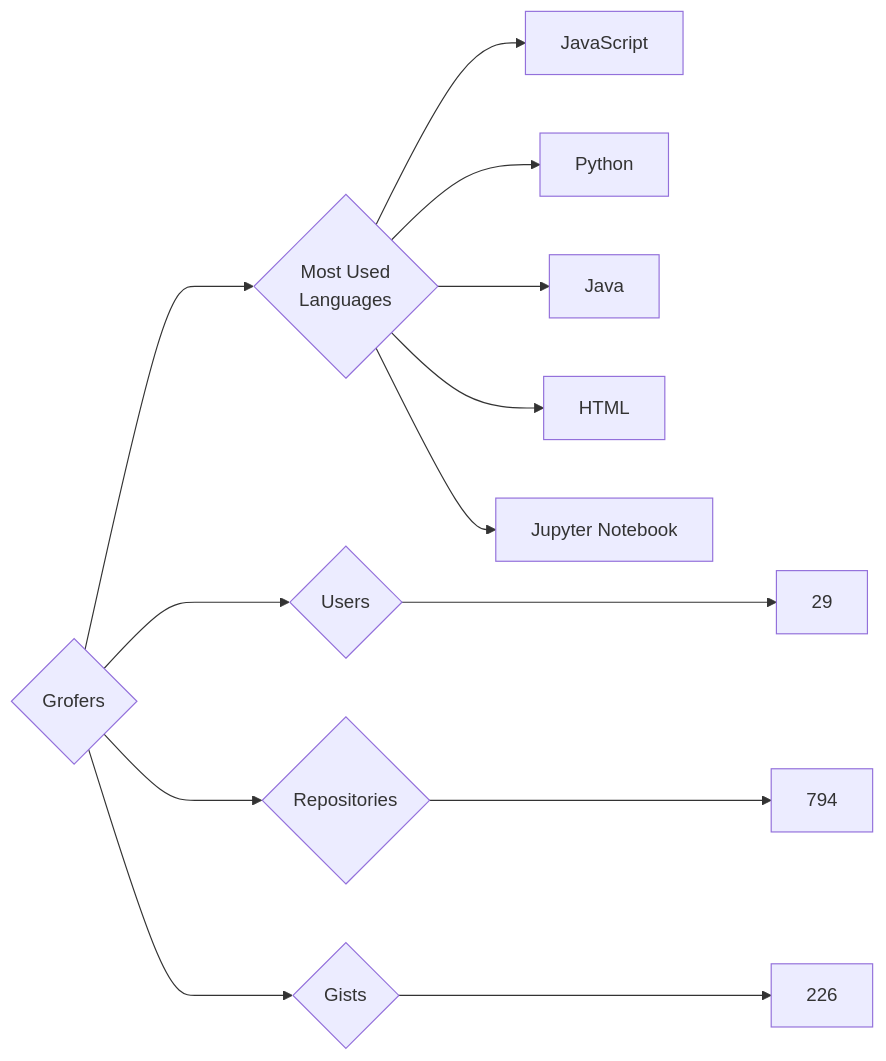
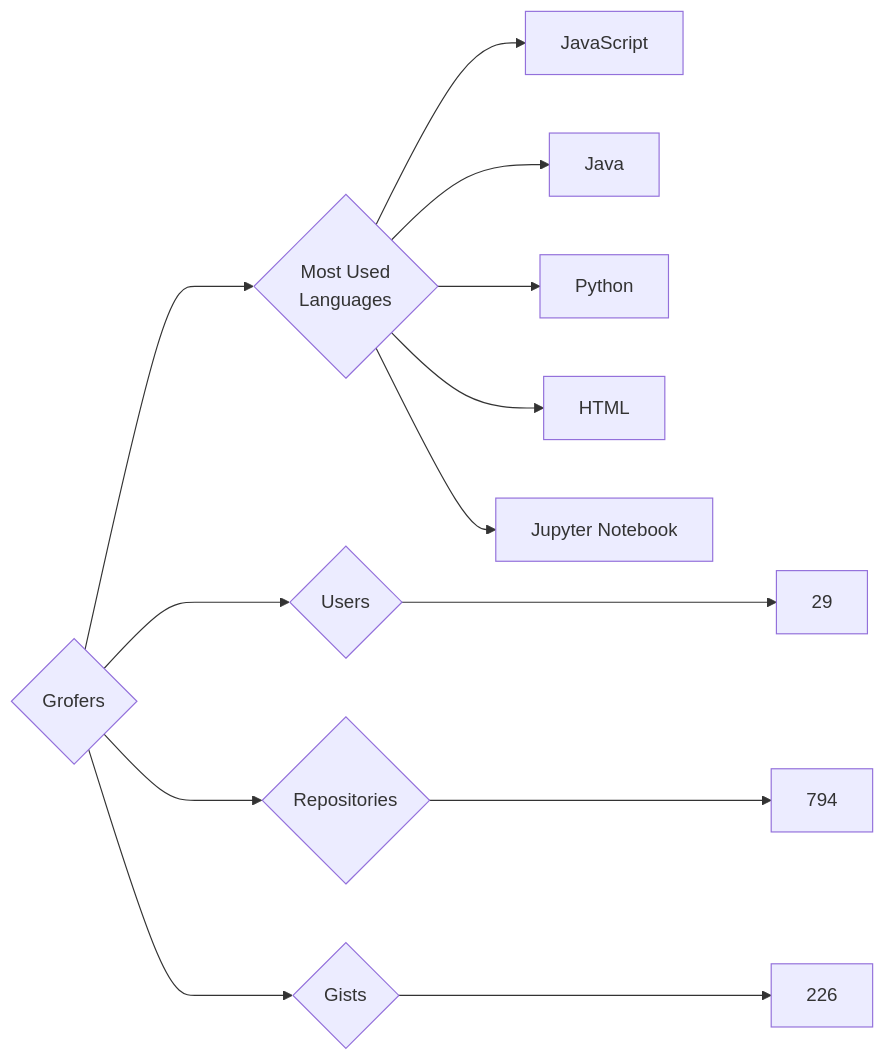
Before and after one commit to trickest/insiders: the diagram in targets/Grofers/README.md, drawn with Mermaid. The commit also changed other lines of this file and 777 other files, not shown here.

````diff
--- a/targets/Grofers/README.md
+++ b/targets/Grofers/README.md
@@ -3,13 +3,13 @@
 ```mermaid
 graph LR
 COMPANY_NAME{Grofers}
 COMPANY_NAME ---> U{Users} ---> UN[29]
 COMPANY_NAME ---> R{Repositories} ---> RN[794]
 COMPANY_NAME ---> G{Gists} ---> GN[226]
 COMPANY_NAME ---> ML{Most Used<br>Languages}
 ML --> JavaScript[JavaScript]
+ML --> Java[Java]
 ML --> Python[Python]
-ML --> Java[Java]
 ML --> HTML[HTML]
 ML --> Jupyter_Notebook[Jupyter Notebook]
 ```
````
